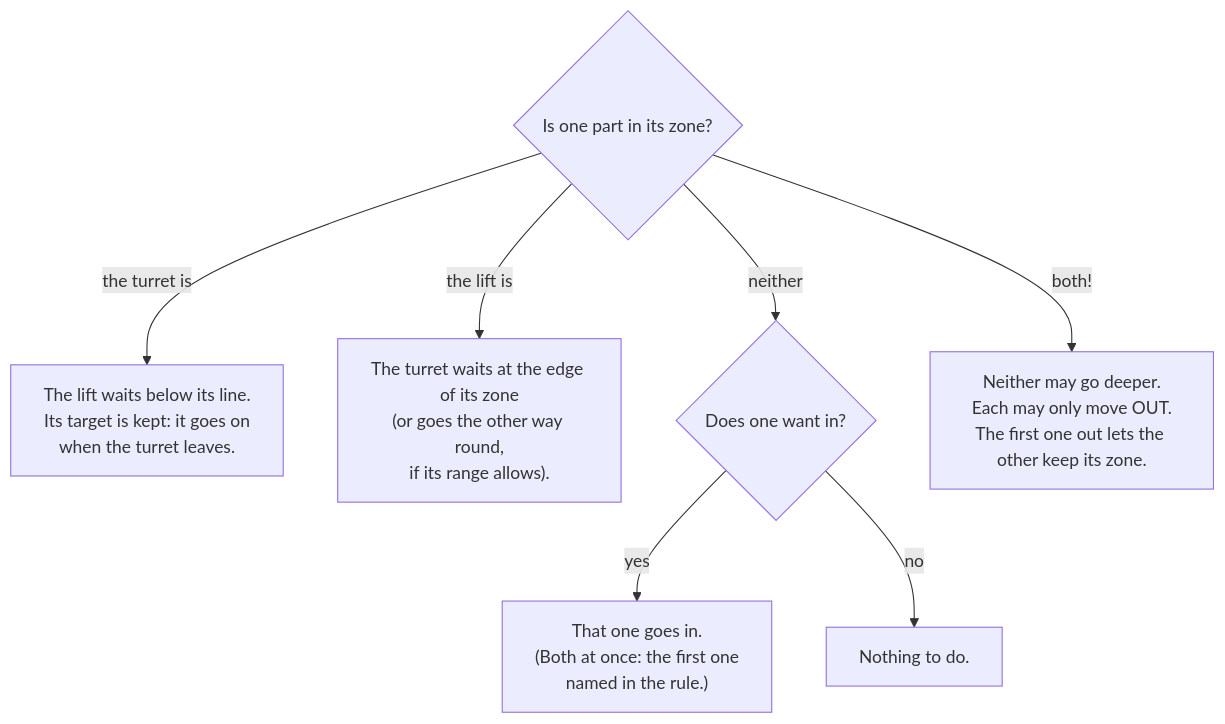
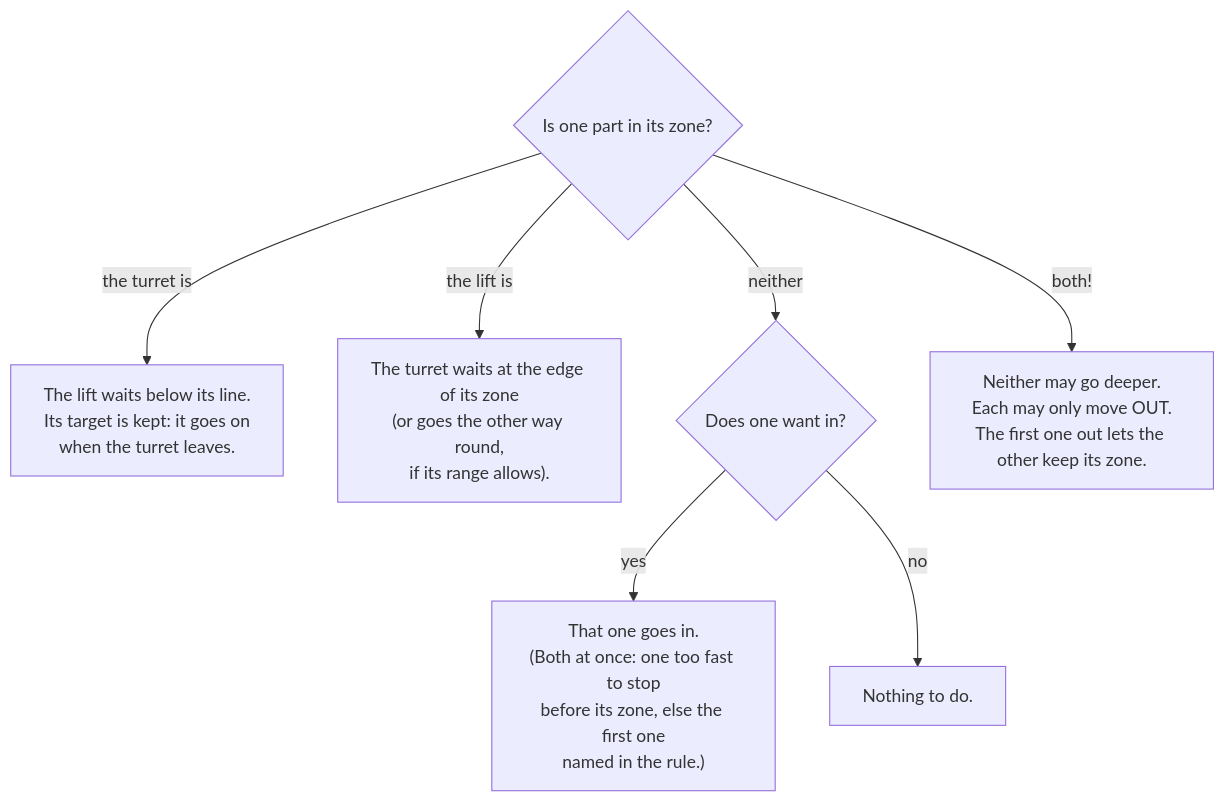
Before and after one commit to crossbotics/ftc-helper-lib: the diagram in docs/guides/interlocks.md, drawn with Mermaid. The commit also changed other lines of this file and 21 other files, not shown here.

````diff
--- a/docs/guides/interlocks.md
+++ b/docs/guides/interlocks.md
@@ -53,9 +53,9 @@
 ```mermaid
 flowchart TD
     A{"Is one part in its zone?"} -->|"the turret is"| B["The lift waits below its line.<br/>Its target is kept: it goes on<br/>when the turret leaves."]
     A -->|"the lift is"| C["The turret waits at the edge of its zone<br/>(or goes the other way round,<br/>if its range allows)."]
     A -->|"neither"| D{"Does one want in?"}
-    D -->|"yes"| E["That one goes in.<br/>(Both at once: the first one<br/>named in the rule.)"]
+    D -->|"yes"| E["That one goes in.<br/>(Both at once: one too fast to stop<br/>before its zone, else the first one<br/>named in the rule.)"]
     D -->|"no"| F["Nothing to do."]
     A -->|"both!"| G["Neither may go deeper.<br/>Each may only move OUT.<br/>The first one out lets the other keep its zone."]
 ```
````
